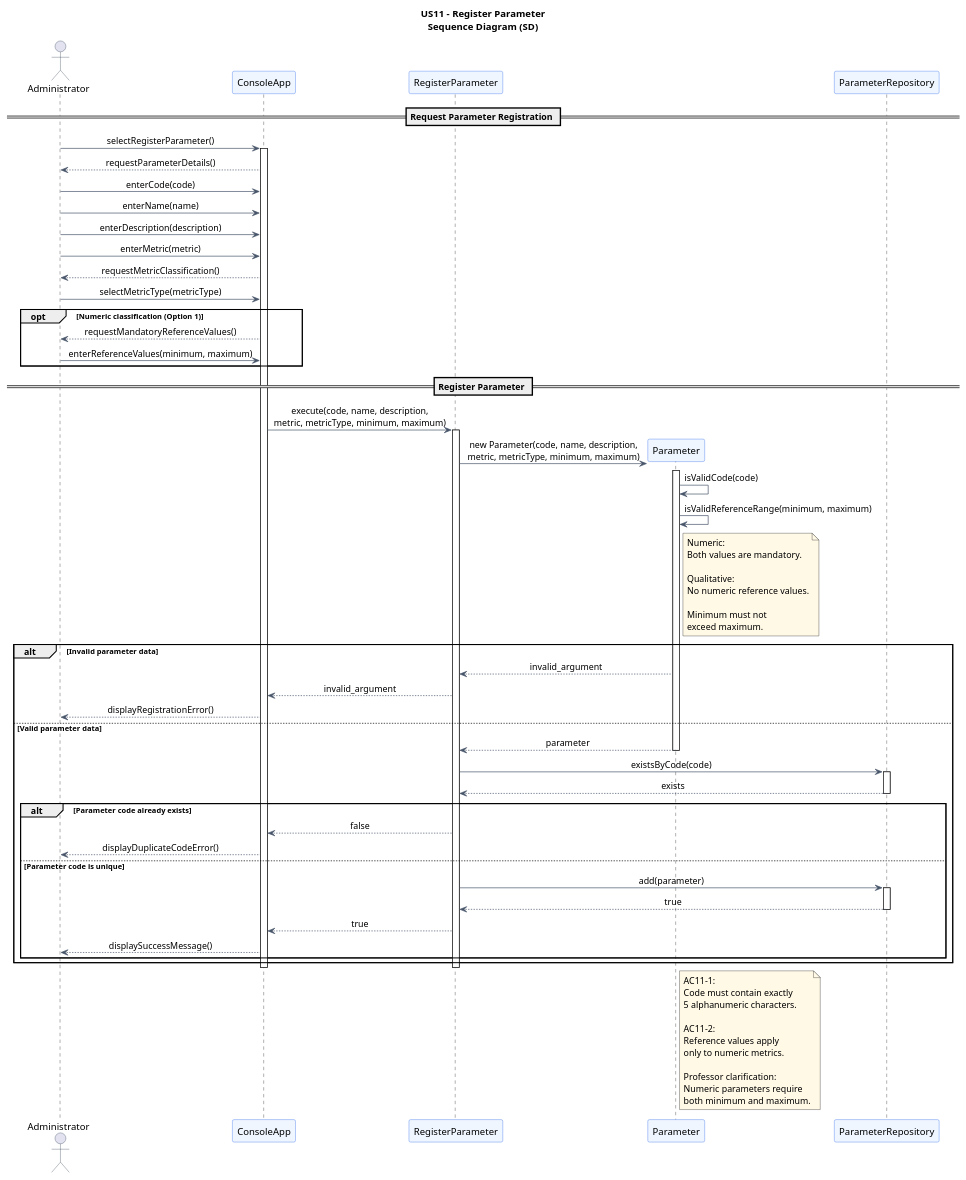
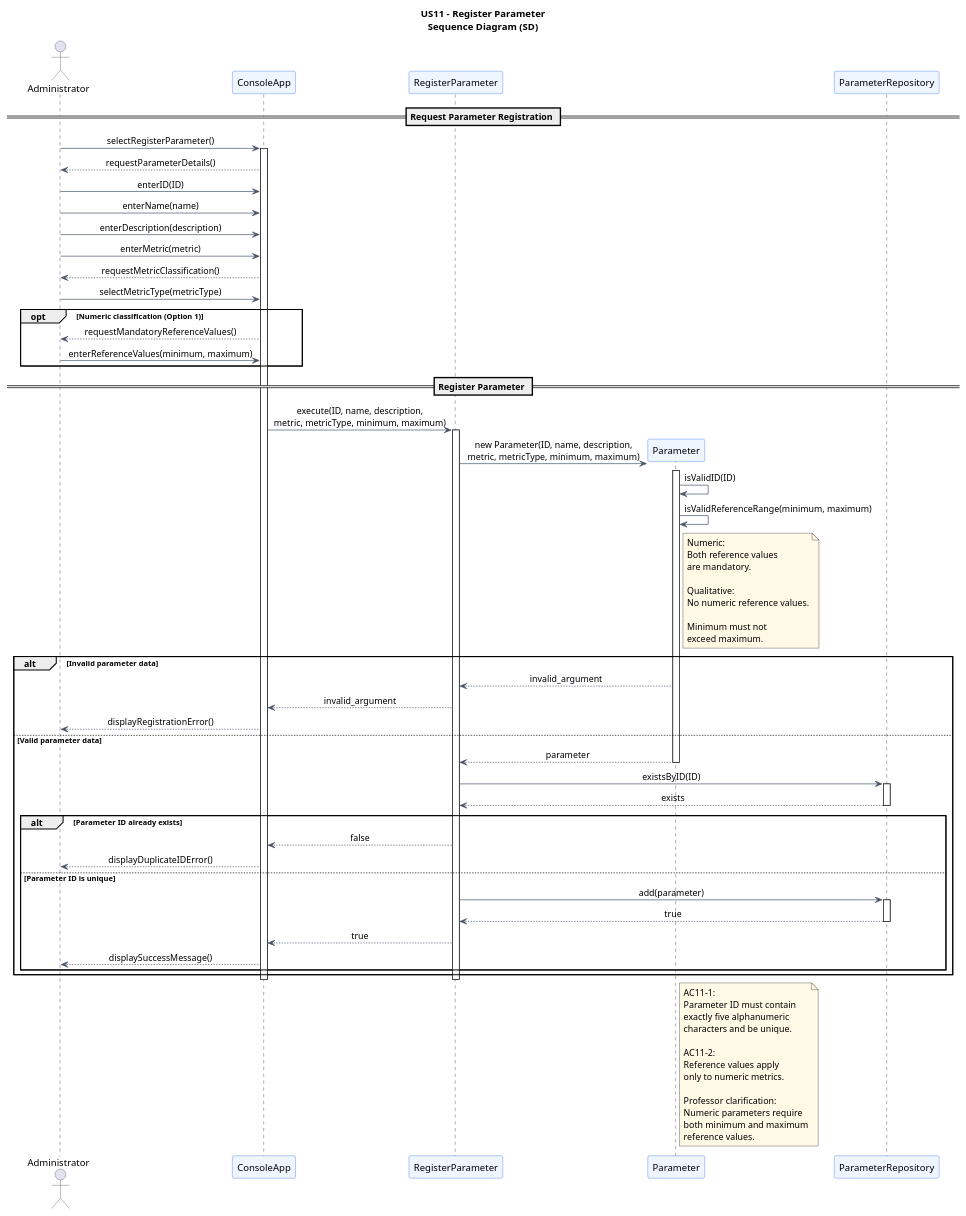
One commit to jmaia574/leti-esoft-26-27-B6 changed the diagram in docs/system-documentation/US11/puml/US11-SD.puml. Above: the diagram before and after it, drawn with PlantUML. The commit also changed 8 other files, not shown here.

```diff
--- a/docs/system-documentation/US11/puml/US11-SD.puml
+++ b/docs/system-documentation/US11/puml/US11-SD.puml
@@ -1,128 +1,131 @@
 @startuml
 
 title US11 - Register Parameter\nSequence Diagram (SD)
 
 skinparam backgroundColor #FFFFFF
 skinparam shadowing false
 skinparam sequenceMessageAlign center
 skinparam responseMessageBelowArrow true
 skinparam ParticipantBorderColor #2563EB
 skinparam ParticipantBackgroundColor #EFF6FF
 skinparam ActorBorderColor #334155
 skinparam ArrowColor #475569
 skinparam NoteBackgroundColor #FFF9E6
 
 actor "Administrator" as Admin
 
 participant "ConsoleApp" as UI
 participant "RegisterParameter" as Service
 participant "Parameter" as Parameter
 participant "ParameterRepository" as Repository
 
 == Request Parameter Registration ==
 
 Admin -> UI : selectRegisterParameter()
 activate UI
 
 UI --> Admin : requestParameterDetails()
 
-Admin -> UI : enterCode(code)
+Admin -> UI : enterID(ID)
 Admin -> UI : enterName(name)
 Admin -> UI : enterDescription(description)
 Admin -> UI : enterMetric(metric)
 
 UI --> Admin : requestMetricClassification()
 Admin -> UI : selectMetricType(metricType)
 
 opt Numeric classification (Option 1)
 
     UI --> Admin : requestMandatoryReferenceValues()
 
     Admin -> UI : enterReferenceValues(minimum, maximum)
 
 end
 
 == Register Parameter ==
 
-UI -> Service : execute(code, name, description,\nmetric, metricType, minimum, maximum)
+UI -> Service : execute(ID, name, description,\nmetric, metricType, minimum, maximum)
 activate Service
 
 create Parameter
 
-Service -> Parameter : new Parameter(code, name, description,\nmetric, metricType, minimum, maximum)
+Service -> Parameter : new Parameter(ID, name, description,\nmetric, metricType, minimum, maximum)
 activate Parameter
 
-Parameter -> Parameter : isValidCode(code)
+Parameter -> Parameter : isValidID(ID)
 
 Parameter -> Parameter : isValidReferenceRange(minimum, maximum)
 
 note right of Parameter
 Numeric:
-Both values are mandatory.
+Both reference values
+are mandatory.
 
 Qualitative:
 No numeric reference values.
 
 Minimum must not
 exceed maximum.
 end note
 
 alt Invalid parameter data
 
     Parameter --> Service : invalid_argument
 
     Service --> UI : invalid_argument
 
     UI --> Admin : displayRegistrationError()
 
 else Valid parameter data
 
     Parameter --> Service : parameter
     deactivate Parameter
 
-    Service -> Repository : existsByCode(code)
+    Service -> Repository : existsByID(ID)
     activate Repository
 
     Repository --> Service : exists
     deactivate Repository
 
-    alt Parameter code already exists
+    alt Parameter ID already exists
 
         Service --> UI : false
 
-        UI --> Admin : displayDuplicateCodeError()
+        UI --> Admin : displayDuplicateIDError()
 
-    else Parameter code is unique
+    else Parameter ID is unique
 
         Service -> Repository : add(parameter)
         activate Repository
 
         Repository --> Service : true
         deactivate Repository
 
         Service --> UI : true
 
         UI --> Admin : displaySuccessMessage()
 
     end
 
 end
 
 deactivate Service
 deactivate UI
 
 note right of Parameter
 AC11-1:
-Code must contain exactly
-5 alphanumeric characters.
+Parameter ID must contain
+exactly five alphanumeric
+characters and be unique.
 
 AC11-2:
 Reference values apply
 only to numeric metrics.
 
 Professor clarification:
 Numeric parameters require
-both minimum and maximum.
+both minimum and maximum
+reference values.
 end note
 
 @enduml
```
